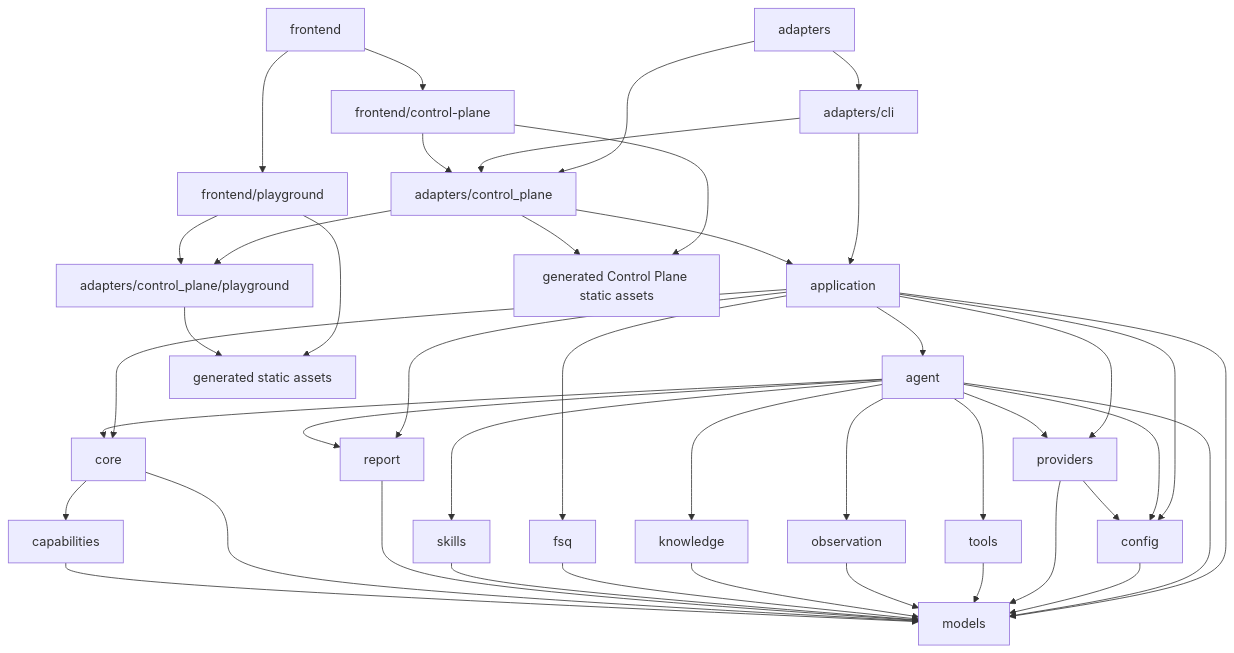
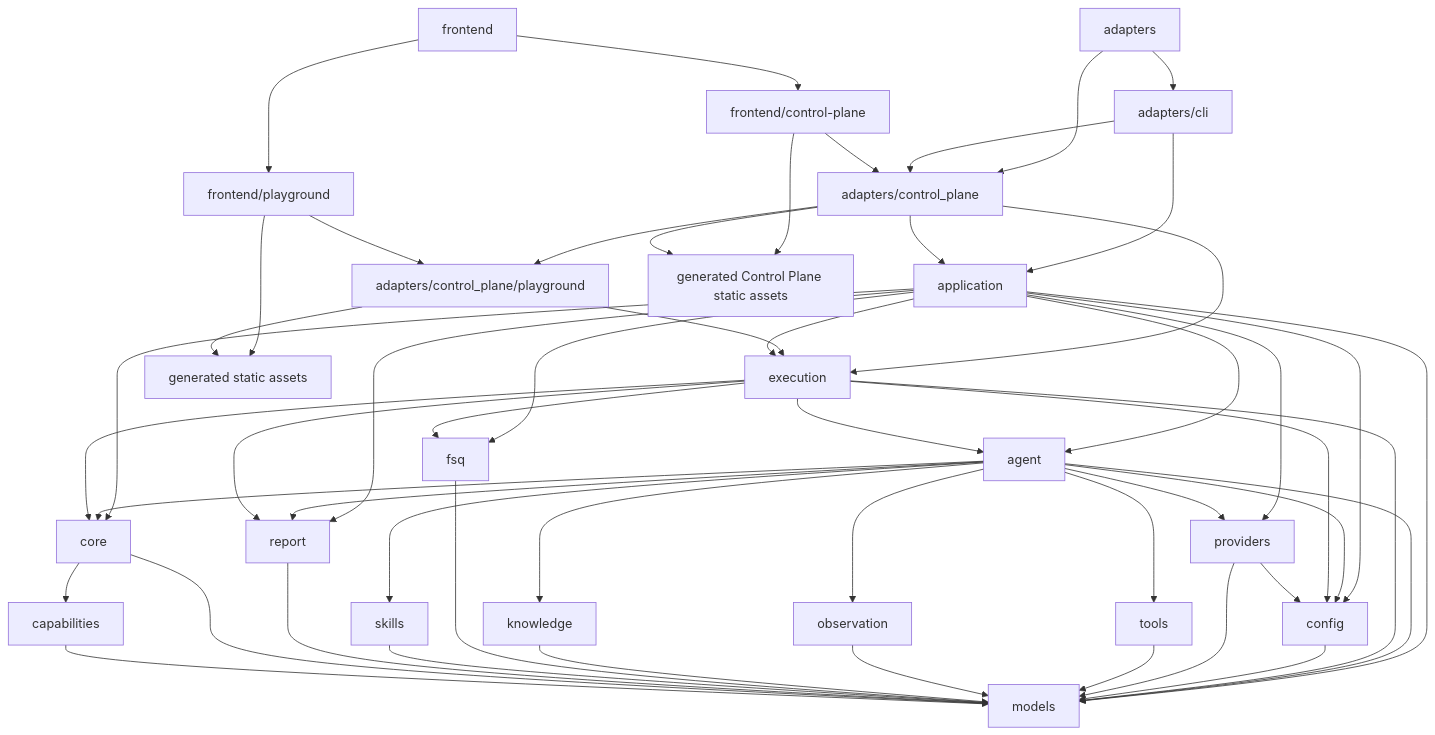
The diagram in SPEC.md (houlianpi/FSQ), drawn with Mermaid before and after one commit. The commit also changed other lines of this file and 23 other files, not shown here.

````diff
--- a/SPEC.md
+++ b/SPEC.md
@@ -146,45 +147,54 @@
 ```mermaid
 flowchart TD
     Adapters[adapters] --> CLI[adapters/cli]
     Adapters --> ControlPlane[adapters/control_plane]
     CLI --> Application[application]
     CLI --> ControlPlane
     ControlPlane --> Application
     ControlPlane --> Playground[adapters/control_plane/playground]
+    ControlPlane --> Execution[execution]
+    Playground --> Execution
     Application --> Agent[agent]
+    Application --> Execution
     Application --> Core[core]
     Application --> FSQ[fsq]
     Application --> Config[config]
     Application --> Providers[providers]
     Application --> Models[models]
     Application --> Report[report]
     Agent --> Core[core]
     Agent --> Config[config]
     Agent --> Providers[providers]
     Agent --> Models[models]
     Agent --> Tools[tools]
     Agent --> Observation[observation]
     Agent --> Knowledge[knowledge]
     Agent --> Skills[skills]
     Agent --> Report[report]
+    Execution --> Agent
+    Execution --> Core
+    Execution --> FSQ
+    Execution --> Config
+    Execution --> Models
+    Execution --> Report
     Config --> Models
     Providers --> Config
     Providers --> Models
     Tools --> Models
     Observation --> Models
     Knowledge --> Models
     FSQ --> Models
     Skills --> Models
     Report --> Models
     Core --> Models
     Capabilities[capabilities] --> Models
     Core --> Capabilities
     Frontend[frontend] --> FrontendPlayground[frontend/playground]
     Frontend --> FrontendControlPlane[frontend/control-plane]
     FrontendPlayground --> Playground
     FrontendPlayground --> StaticAssets[generated static assets]
     Playground --> StaticAssets
     FrontendControlPlane --> ControlPlane
     FrontendControlPlane --> ControlPlaneStatic[generated Control Plane static assets]
     ControlPlane --> ControlPlaneStatic
 ```
````
